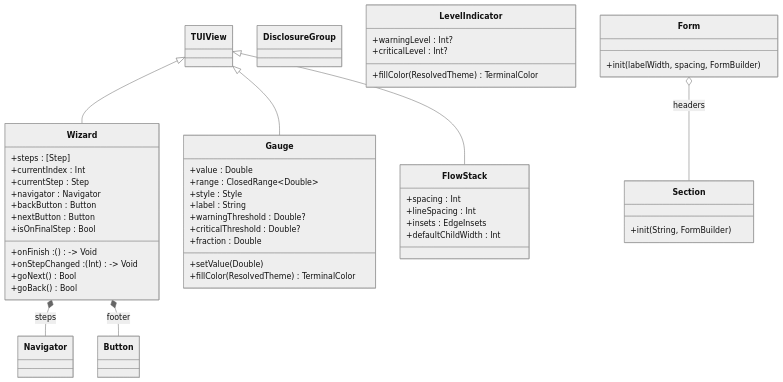
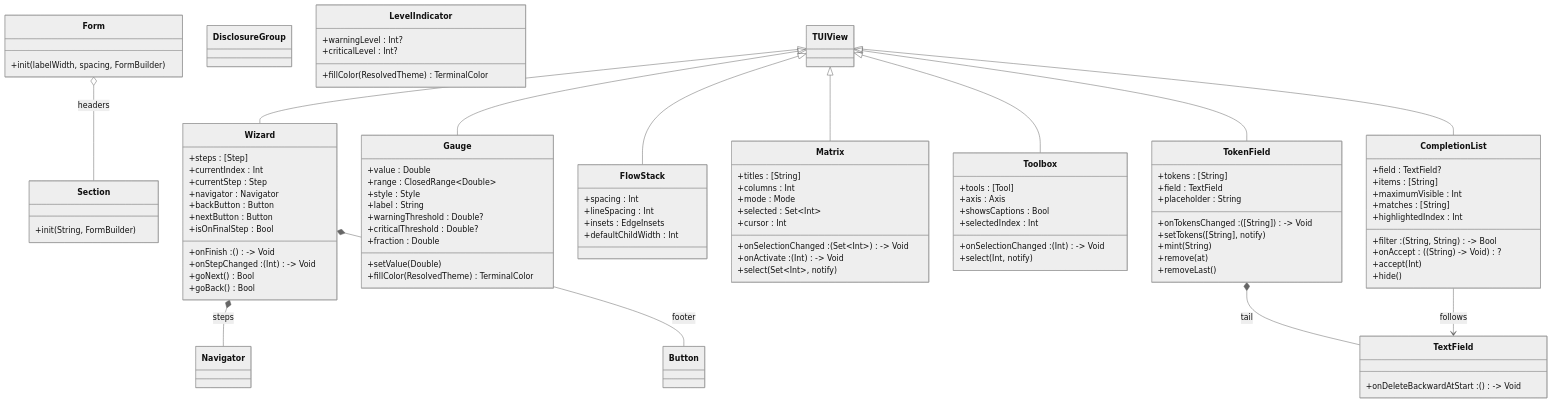
One commit to bobbyski/TUIKit changed the sixth of 6 diagrams in Docs/ControlsUML.md. Above: the diagram before and after it, drawn with Mermaid (neutral theme). The commit also changed 9 other files, not shown here.

First line of the commit message:
Wave B (2/4): Matrix, Toolbox, TokenField, CompletionList

```diff
--- a/Docs/ControlsUML.md
+++ b/Docs/ControlsUML.md
@@ -923,9 +923,62 @@
         +init(String, FormBuilder)
     }
 
+    class Matrix {
+        +titles : [String]
+        +columns : Int
+        +mode : Mode
+        +selected : Set~Int~
+        +cursor : Int
+        +onSelectionChanged : (Set~Int~) -> Void
+        +onActivate : (Int) -> Void
+        +select(Set~Int~, notify)
+    }
+
+    class Toolbox {
+        +tools : [Tool]
+        +axis : Axis
+        +showsCaptions : Bool
+        +selectedIndex : Int
+        +onSelectionChanged : (Int) -> Void
+        +select(Int, notify)
+    }
+
+    class TokenField {
+        +tokens : [String]
+        +field : TextField
+        +placeholder : String
+        +onTokensChanged : ([String]) -> Void
+        +setTokens([String], notify)
+        +mint(String)
+        +remove(at)
+        +removeLast()
+    }
+
+    class CompletionList {
+        +field : TextField?
+        +items : [String]
+        +filter : (String, String) -> Bool
+        +maximumVisible : Int
+        +matches : [String]
+        +highlightedIndex : Int
+        +onAccept : ((String) -> Void)?
+        +accept(Int)
+        +hide()
+    }
+
+    class TextField {
+        +onDeleteBackwardAtStart : () -> Void
+    }
+
     TUIView <|-- Wizard
     TUIView <|-- Gauge
     TUIView <|-- FlowStack
+    TUIView <|-- Matrix
+    TUIView <|-- Toolbox
+    TUIView <|-- TokenField
+    TUIView <|-- CompletionList
+    TokenField *-- TextField : tail
+    CompletionList --> TextField : follows
     Wizard *-- Navigator : steps
     Wizard *-- Button : footer
     Form o-- Section : headers
```
